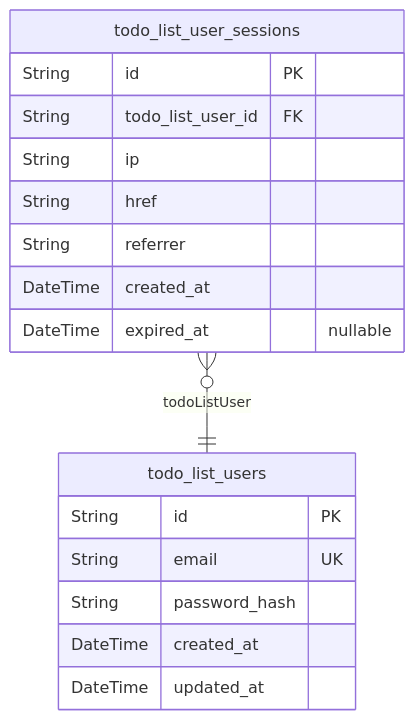
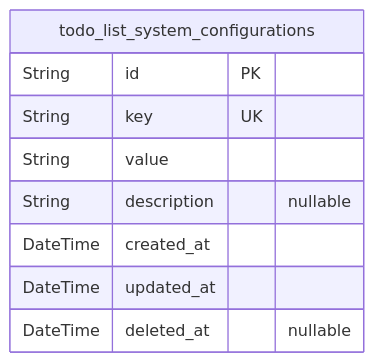
Before and after one commit to wrtnlabs/autobe-examples: the first of 3 diagrams in openai/gpt-4.1-mini/todo/docs/ERD.md, drawn with Mermaid. The commit also changed other lines of this file and 8017 other files, not shown here.

````diff
--- a/openai/gpt-4.1-mini/todo/docs/ERD.md
+++ b/openai/gpt-4.1-mini/todo/docs/ERD.md
@@ -10,20 +11,12 @@
 ```mermaid
 erDiagram
-"todo_list_users" {
+"todo_list_system_configurations" {
   String id PK
-  String email UK
-  String password_hash
+  String key UK
+  String value
+  String description "nullable"
   DateTime created_at
   DateTime updated_at
+  DateTime deleted_at "nullable"
 }
-"todo_list_user_sessions" {
-  String id PK
-  String todo_list_user_id FK
-  String ip
-  String href
-  String referrer
-  DateTime created_at
-  DateTime expired_at "nullable"
-}
-"todo_list_user_sessions" }o--|| "todo_list_users" : todoListUser
 ```
````
